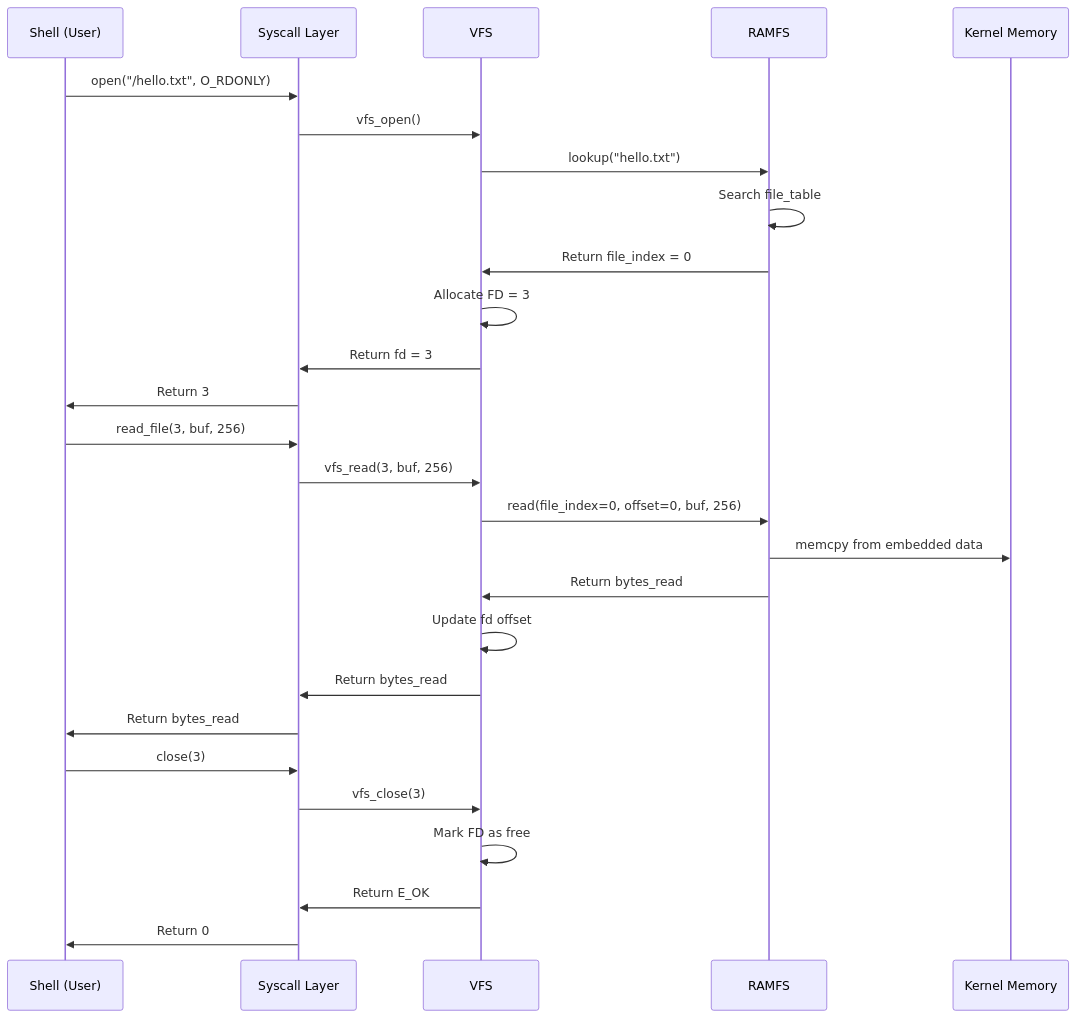
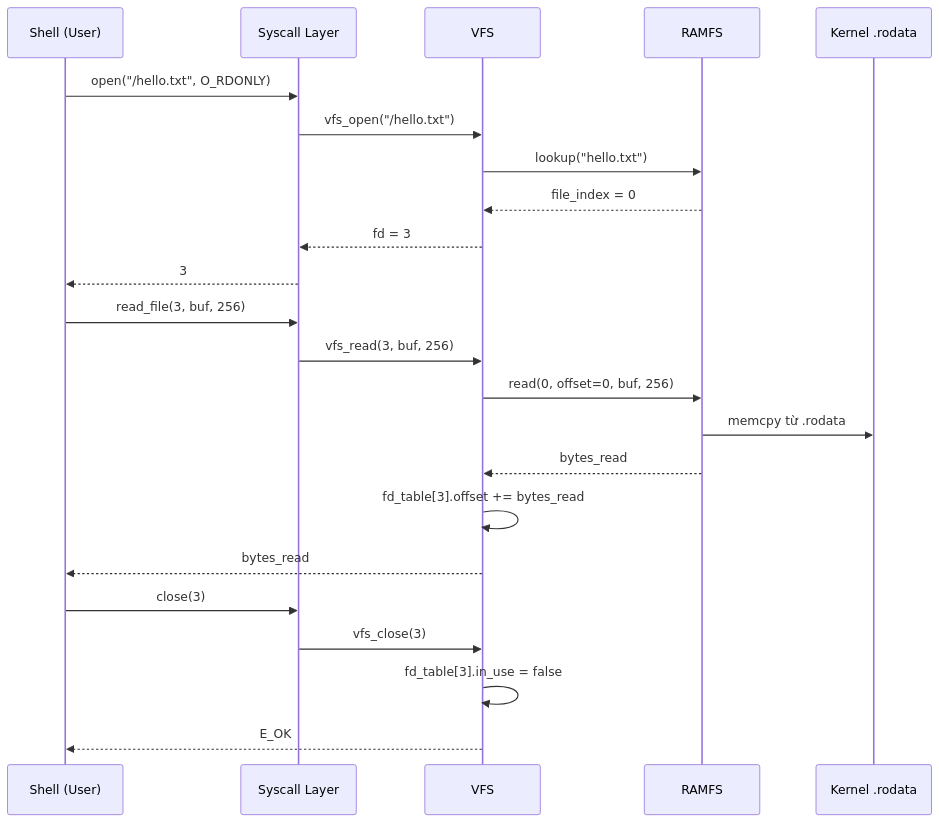
Before and after one commit to MizuCaster/Vinix-OS: the diagram in VinixOS/docs/07-filesystem-vfs-ramfs.md, drawn with Mermaid. The commit also changed other lines of this file and 18 other files, not shown here.

````diff
--- a/VinixOS/docs/07-filesystem-vfs-ramfs.md
+++ b/VinixOS/docs/07-filesystem-vfs-ramfs.md
@@ -343,32 +269,28 @@
 ```mermaid
 sequenceDiagram
     participant Shell as Shell (User)
     participant Syscall as Syscall Layer
     participant VFS as VFS
     participant RAMFS as RAMFS
-    participant Memory as Kernel Memory
-    
+    participant Memory as Kernel .rodata
+
     Shell->>Syscall: open("/hello.txt", O_RDONLY)
-    Syscall->>VFS: vfs_open()
+    Syscall->>VFS: vfs_open("/hello.txt")
     VFS->>RAMFS: lookup("hello.txt")
-    RAMFS->>RAMFS: Search file_table
-    RAMFS->>VFS: Return file_index = 0
-    VFS->>VFS: Allocate FD = 3
-    VFS->>Syscall: Return fd = 3
-    Syscall->>Shell: Return 3
-    
+    RAMFS-->>VFS: file_index = 0
+    VFS-->>Syscall: fd = 3
+    Syscall-->>Shell: 3
+
     Shell->>Syscall: read_file(3, buf, 256)
     Syscall->>VFS: vfs_read(3, buf, 256)
-    VFS->>RAMFS: read(file_index=0, offset=0, buf, 256)
-    RAMFS->>Memory: memcpy from embedded data
-    RAMFS->>VFS: Return bytes_read
-    VFS->>VFS: Update fd offset
-    VFS->>Syscall: Return bytes_read
-    Syscall->>Shell: Return bytes_read
-    
+    VFS->>RAMFS: read(0, offset=0, buf, 256)
+    RAMFS->>Memory: memcpy từ .rodata
+    RAMFS-->>VFS: bytes_read
+    VFS->>VFS: fd_table[3].offset += bytes_read
+    VFS-->>Shell: bytes_read
+
     Shell->>Syscall: close(3)
     Syscall->>VFS: vfs_close(3)
-    VFS->>VFS: Mark FD as free
-    VFS->>Syscall: Return E_OK
-    Syscall->>Shell: Return 0
+    VFS->>VFS: fd_table[3].in_use = false
+    VFS-->>Shell: E_OK
 ```
````
